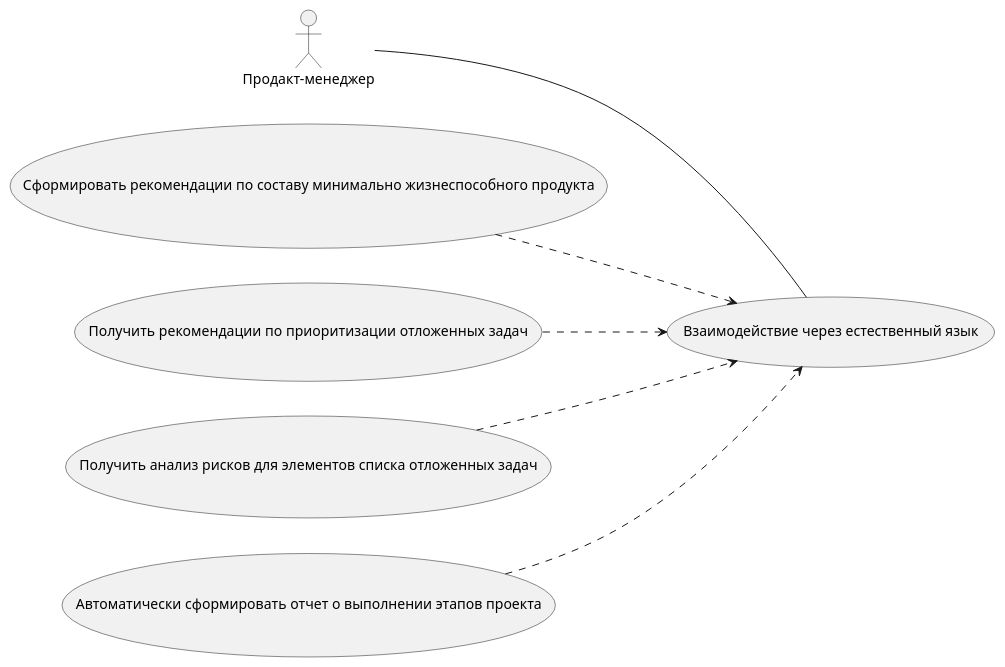
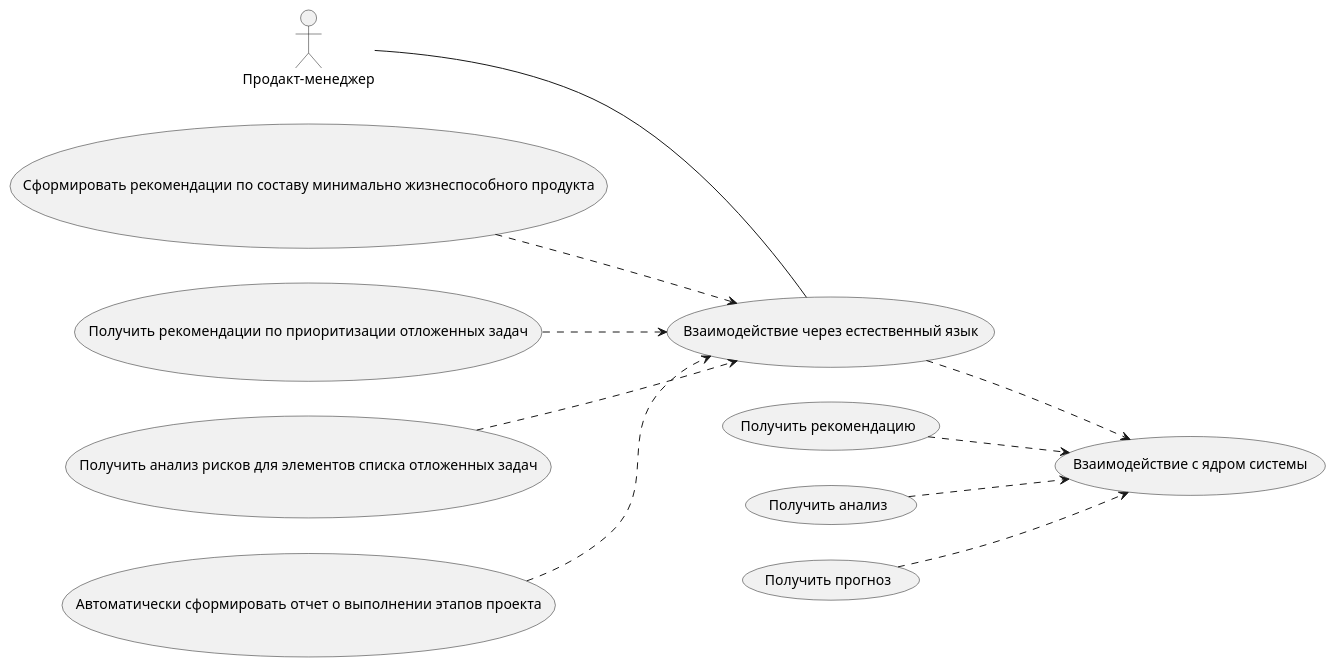
One commit to Igordeveloperr/Yandex-tracker-MCP changed the diagram in documentation/uml/product_manager_use_case.plantuml. Above: the diagram before and after it, drawn with PlantUML. The commit also changed 21 other files, not shown here.

```diff
--- a/documentation/uml/product_manager_use_case.plantuml
+++ b/documentation/uml/product_manager_use_case.plantuml
@@ -1,18 +1,26 @@
 @startuml b
 left to right direction
 
 actor "Продакт-менеджер" as PM
 
 usecase "Сформировать рекомендации по составу минимально жизнеспособного продукта" as UC1
 usecase "Получить рекомендации по приоритизации отложенных задач" as UC2
 usecase "Получить анализ рисков для элементов списка отложенных задач" as UC3
 usecase "Автоматически сформировать отчет о выполнении этапов проекта" as UC4
 usecase "Взаимодействие через естественный язык" as UC5
+usecase "Взаимодействие с ядром системы" as idro
+usecase "Получить рекомендацию" as rek
+usecase "Получить анализ" as analiz
+usecase "Получить прогноз" as prognoz
 
 PM -- UC5
+UC5 ..> idro
+rek ..> idro
+analiz ..> idro
+prognoz ..> idro
 UC1 ..> UC5
 UC2 ..> UC5
 UC3 ..> UC5
 UC4 ..> UC5
 
 @enduml
```
